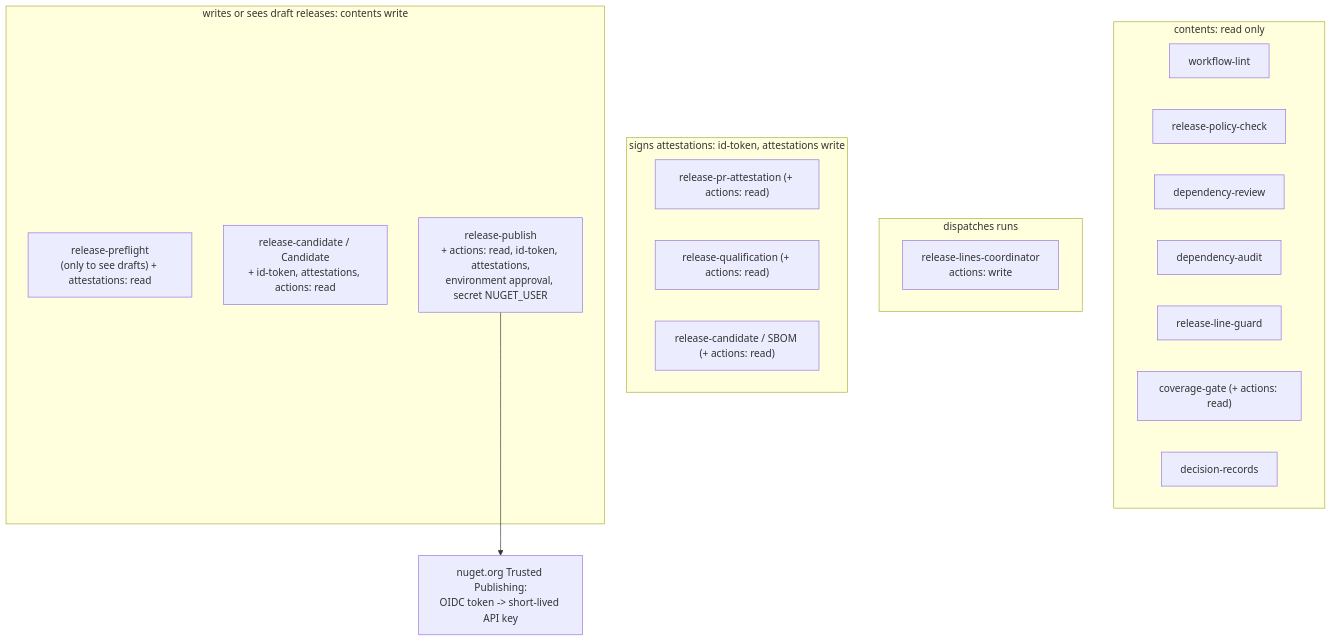
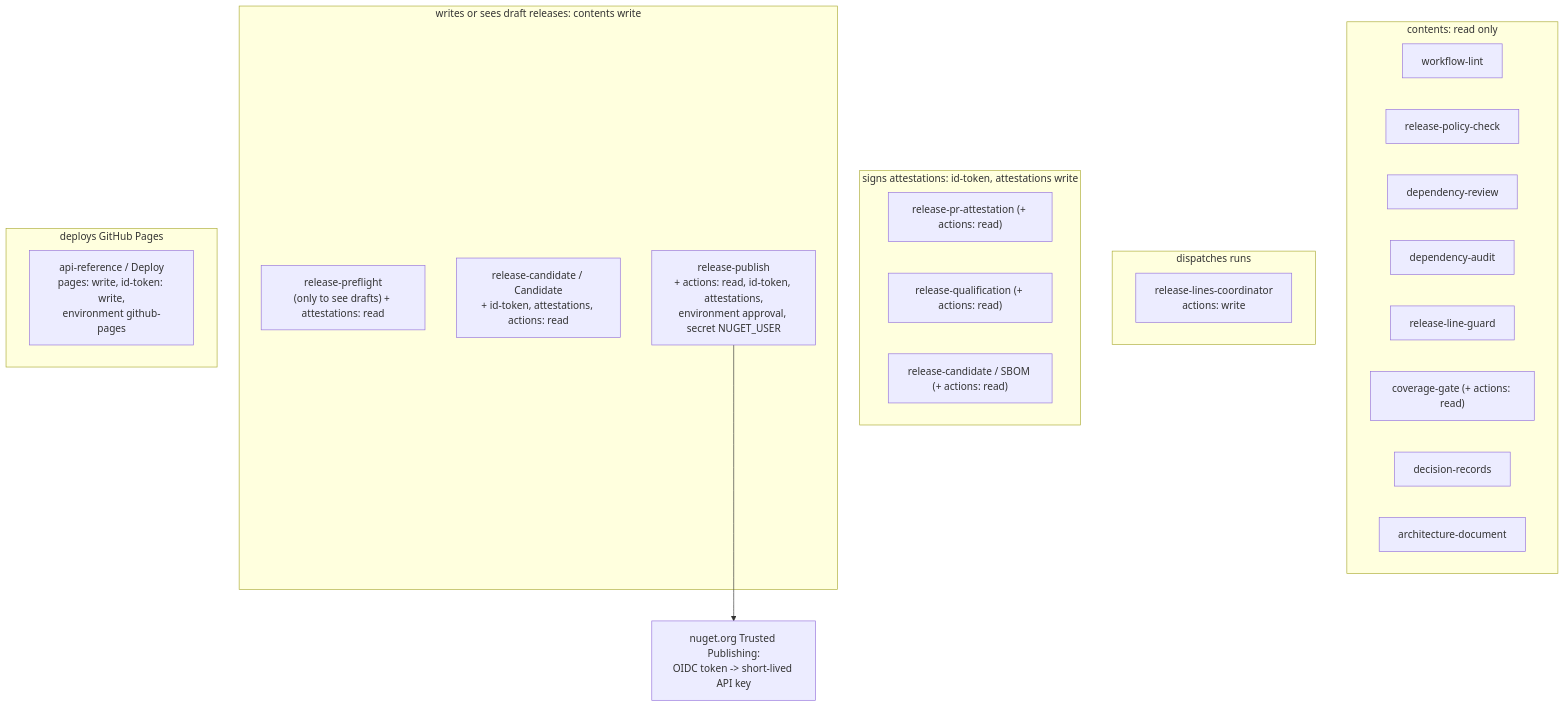
One commit to doka-labs/workflows changed diagram 15 of 19 in docs/overview.md. Above: the diagram before and after it, drawn with Mermaid. The commit also changed other lines of this file and 15 other files, not shown here.

First line of the commit message:
feat(release): publish the API reference and check the architecture (#11)

````diff
--- a/docs/overview.md
+++ b/docs/overview.md
@@ -385,26 +390,30 @@
 ```mermaid
 flowchart TB
   subgraph read["contents: read only"]
     r1["workflow-lint"]
     r2["release-policy-check"]
     r3["dependency-review"]
     r4["dependency-audit"]
     r5["release-line-guard"]
     r6["coverage-gate (+ actions: read)"]
     r7["decision-records"]
+    r8["architecture-document"]
   end
   subgraph dispatch["dispatches runs"]
     d1["release-lines-coordinator<br/>actions: write"]
   end
   subgraph attest["signs attestations: id-token, attestations write"]
     a1["release-pr-attestation (+ actions: read)"]
     a2["release-qualification (+ actions: read)"]
     a3["release-candidate / SBOM (+ actions: read)"]
   end
   subgraph releases["writes or sees draft releases: contents write"]
     w1["release-preflight<br/>(only to see drafts) + attestations: read"]
     w2["release-candidate / Candidate<br/>+ id-token, attestations, actions: read"]
     w3["release-publish<br/>+ actions: read, id-token, attestations,<br/>environment approval, secret NUGET_USER"]
   end
+  subgraph pages["deploys GitHub Pages"]
+    g1["api-reference / Deploy<br/>pages: write, id-token: write,<br/>environment github-pages"]
+  end
   w3 --> nuget["nuget.org Trusted Publishing:<br/>OIDC token -> short-lived API key"]
 ```
````
